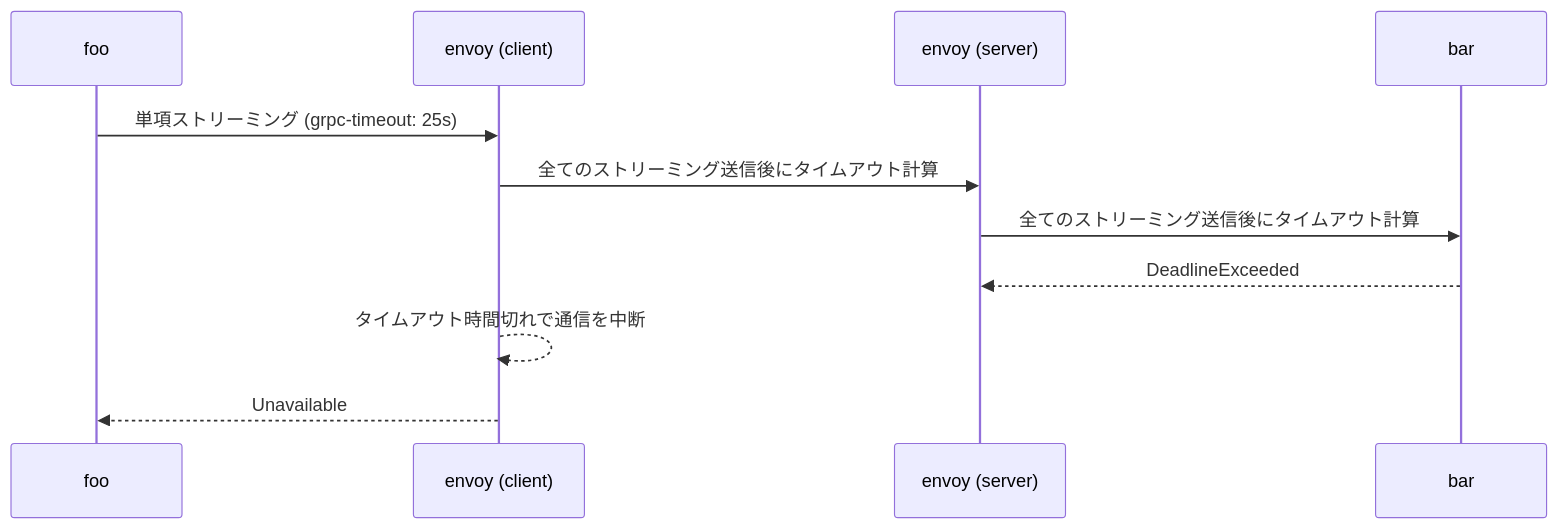
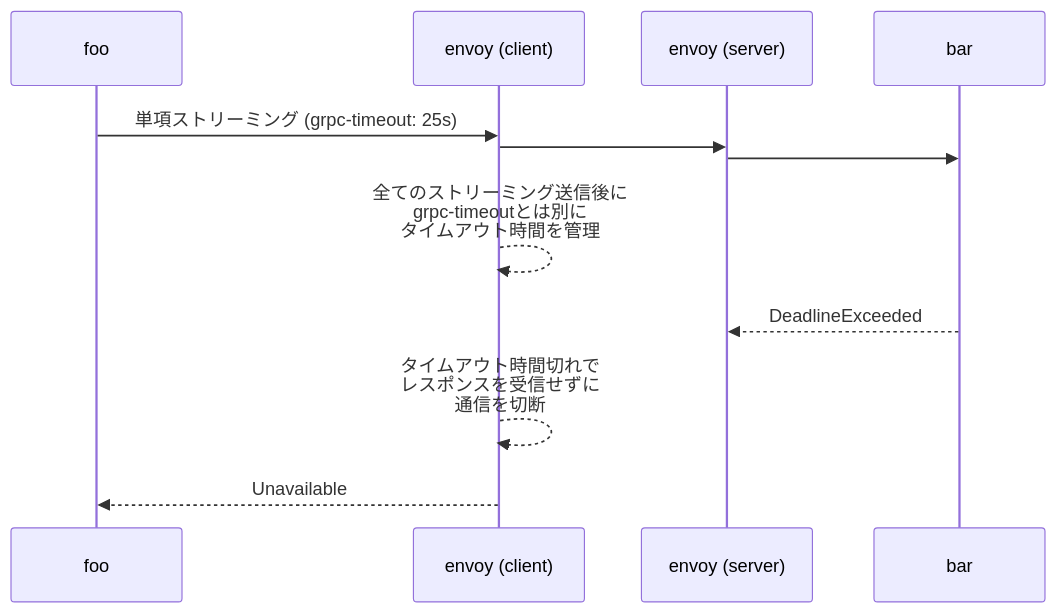
Before and after one commit to hiroki-it/tech-notebook: the second of 2 diagrams in docs/software/software_middleware_service_mesh_envoy_envoy_yaml.md, drawn with Mermaid. The commit also changed other lines of this file, not shown here.

````diff
--- a/docs/software/software_middleware_service_mesh_envoy_envoy_yaml.md
+++ b/docs/software/software_middleware_service_mesh_envoy_envoy_yaml.md
@@ -375,11 +379,12 @@
 ```mermaid
 sequenceDiagram
 
     foo->>envoy (client): 単項ストリーミング (grpc-timeout: 25s)
-    envoy (client)->>envoy (server): 全てのストリーミング送信後にタイムアウト計算
-    envoy (server)->>bar: 全てのストリーミング送信後にタイムアウト計算
+    envoy (client)->>envoy (server): 
+    envoy (server)->>bar: 
+    envoy (client)-->>envoy (client): 全てのストリーミング送信後に<br>grpc-timeoutとは別に<br>タイムアウト時間を管理
 
     bar-->>envoy (server): DeadlineExceeded
-    envoy (client)-->>envoy (client): タイムアウト時間切れで通信を中断
+    envoy (client)-->>envoy (client): タイムアウト時間切れで<br>レスポンスを受信せずに<br>通信を切断
     envoy (client)-->>foo: Unavailable
 ```
````
